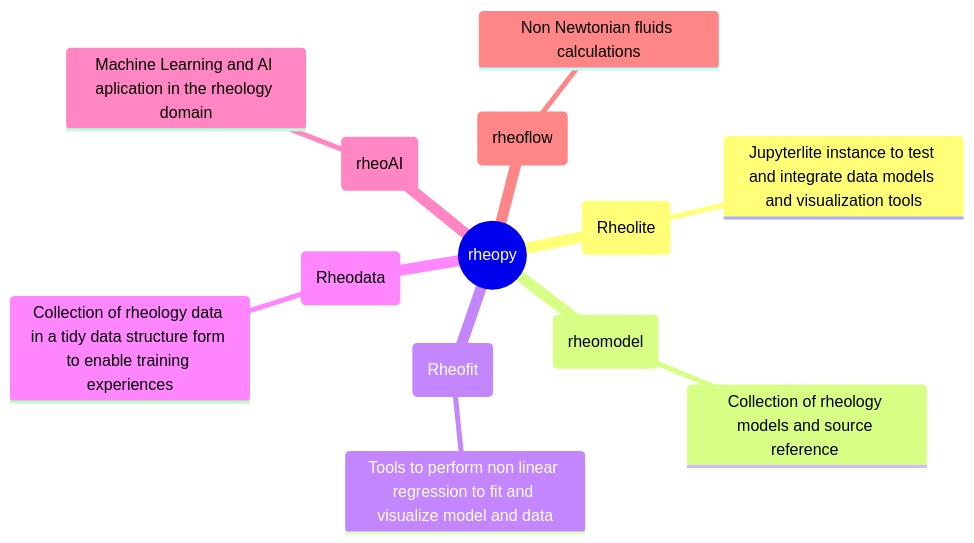
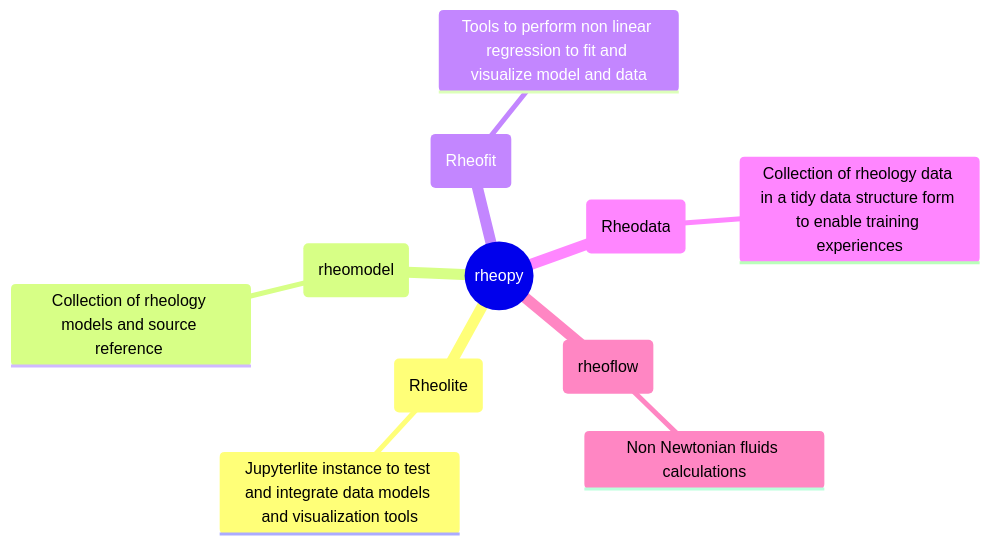
The diagram in README.md (rheopy/rheolite), drawn with Mermaid before and after one commit. The commit also changed 7 other files, not shown here.

````diff
--- a/README.md
+++ b/README.md
@@ -17,16 +17,14 @@
 ```mermaid
 mindmap
   root((rheopy))
     (Rheolite)
       Jupyterlite instance to test and integrate data models and visualization tools
     (rheomodel)
       Collection of rheology models and source reference 
     (Rheofit)
       Tools to perform non linear regression to fit and visualize model and data
     (Rheodata)
       Collection of rheology data in a tidy data structure form to enable training experiences
-    (rheoAI)
-      Machine Learning and AI aplication in the rheology domain
     (rheoflow)
       Non Newtonian fluids calculations
 ```
````
